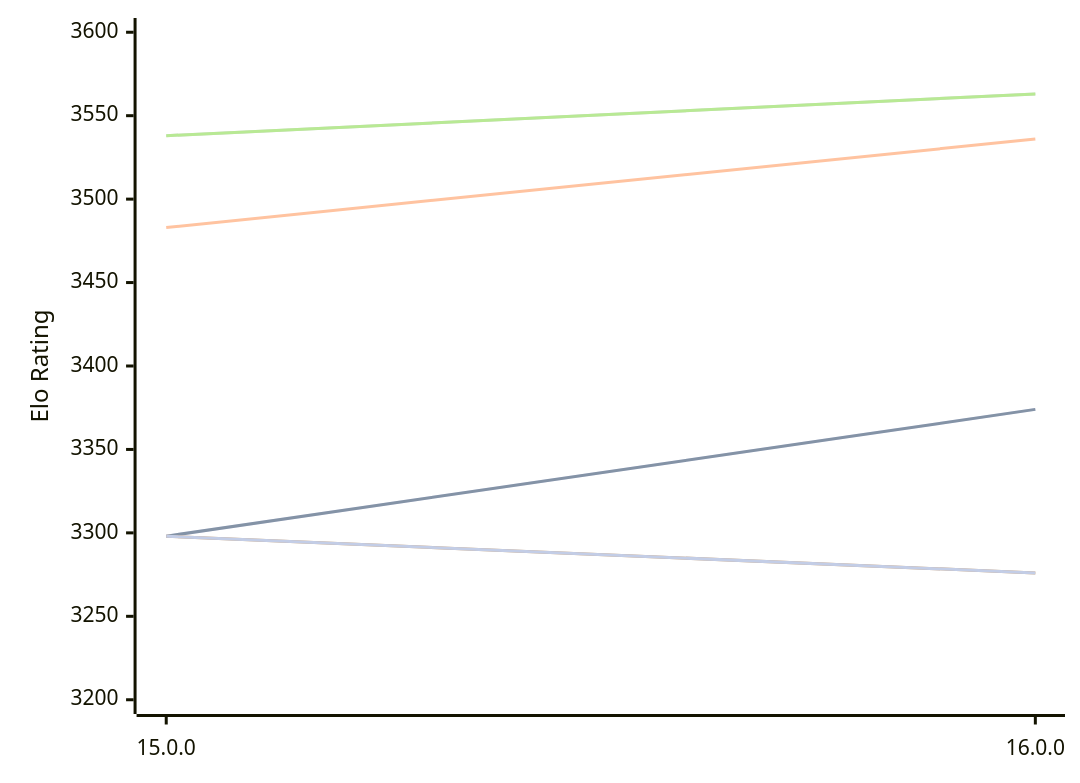
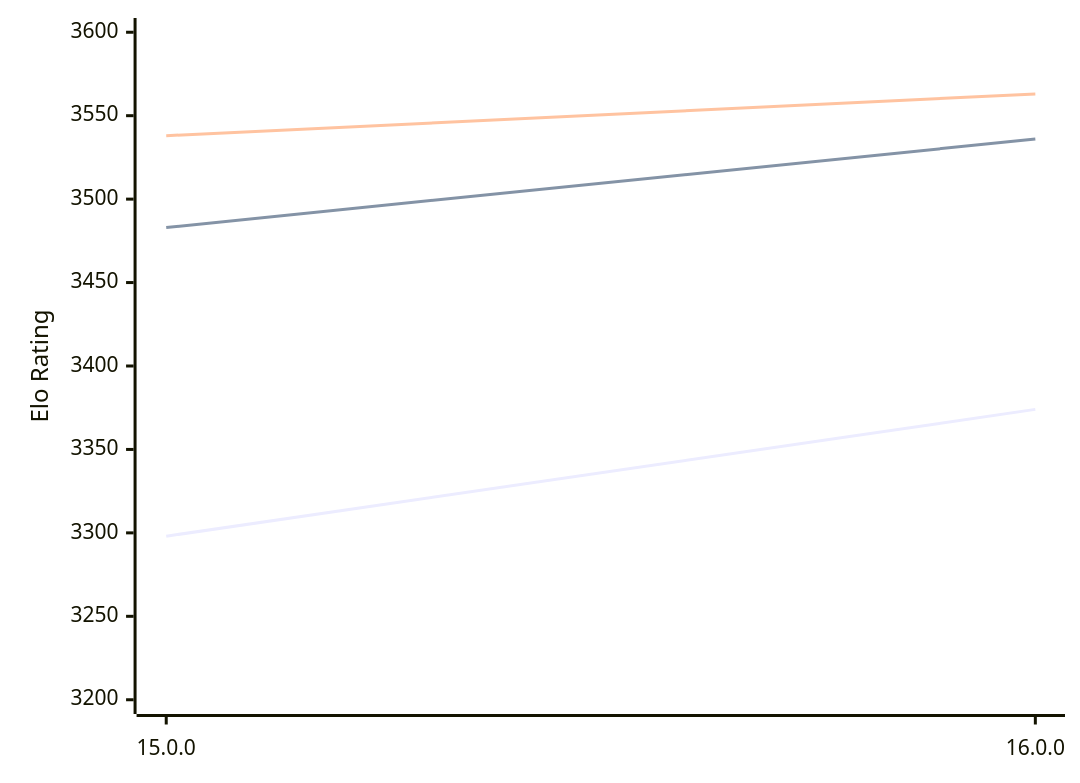
One commit to computer-chess-index/cci changed the diagram in engines/Halogen.md. Above: the diagram before and after it, drawn with Mermaid. The commit also changed other lines of this file, not shown here.

Commit message:
Update CCI Ratings (ELO VLTC) - 2026-10-11

````diff
--- a/engines/Halogen.md
+++ b/engines/Halogen.md
@@ -48,13 +48,9 @@
 ```mermaid
 %%{init: {"theme":"base","themeVariables":{"seriesColors:['#a3a3a3','#222221','#faa371']}}}%%
 xychart-beta
   x-axis ["15.0.0", "16.0.0"]
   y-axis "Elo Rating" 3200 --> 3600
-  line "" [3298, 3374]
   line "T1: STC (8.0+0.08s)" [3298, 3374]
   line "T1: LTC (60.0+0.60s)" [3483, 3536]
-  line "" [3538, 3563]
   line "T1: VLTC (2m24s+1.12s)" [3538, 3563]
-  line "" [3298,3276]
-  line "E1: STC (8.0+0.08s)" [3298,3276]
 ```
````
